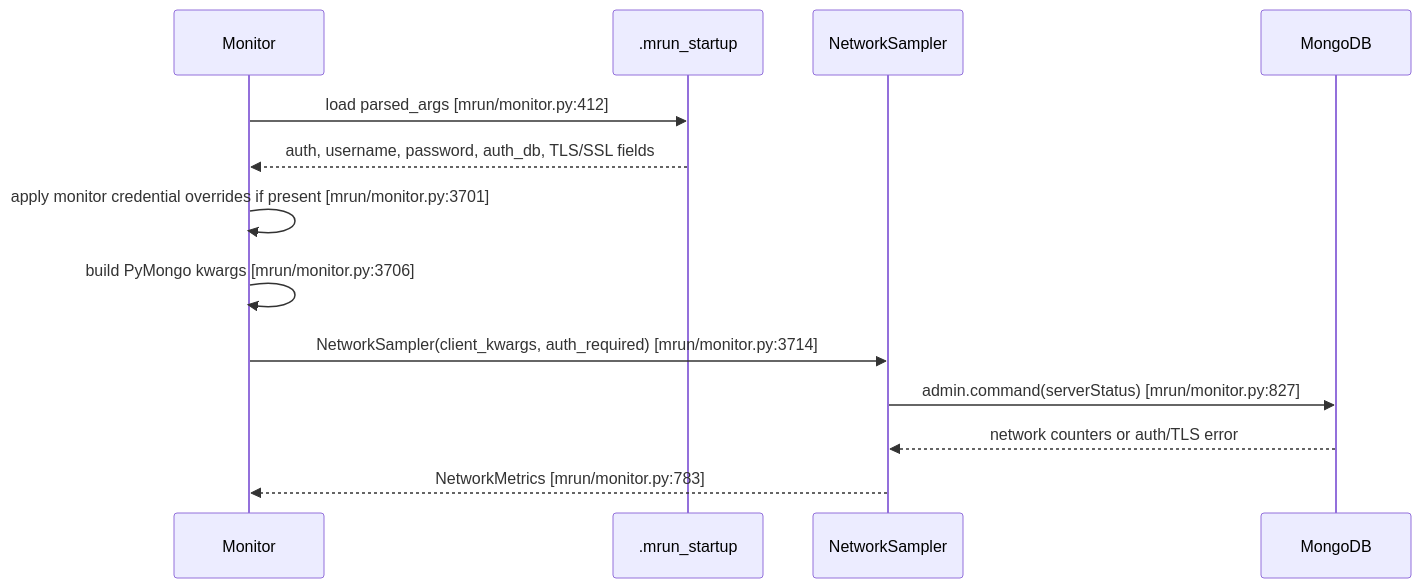
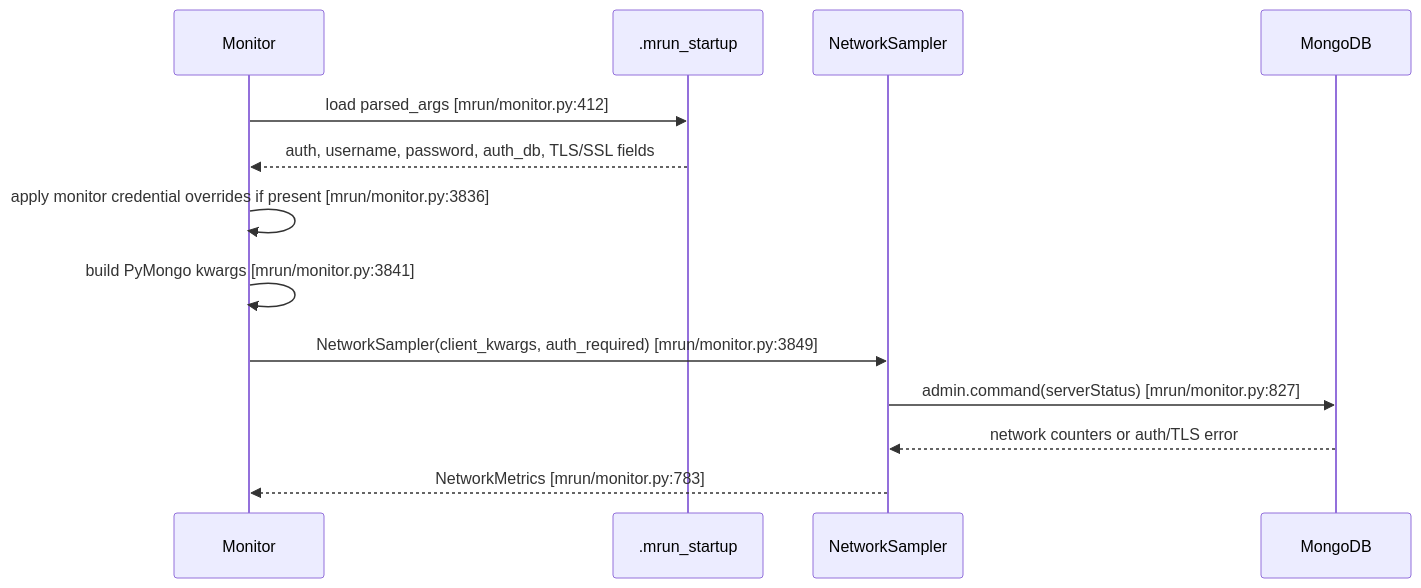
Before and after one commit to mongodb/mlaunch: the third of 13 diagrams in doc/feature-monitor-guide.md, drawn with Mermaid. The commit also changed other lines of this file and 2 other files, not shown here.

````diff
--- a/doc/feature-monitor-guide.md
+++ b/doc/feature-monitor-guide.md
@@ -214,16 +219,16 @@
 ```mermaid
 sequenceDiagram
     participant Monitor as Monitor
     participant FS as .mrun_startup
     participant Sampler as NetworkSampler
     participant Mongo as MongoDB
 
     Monitor->>FS: load parsed_args [mrun/monitor.py:412]
     FS-->>Monitor: auth, username, password, auth_db, TLS/SSL fields
-    Monitor->>Monitor: apply monitor credential overrides if present [mrun/monitor.py:3701]
-    Monitor->>Monitor: build PyMongo kwargs [mrun/monitor.py:3706]
-    Monitor->>Sampler: NetworkSampler(client_kwargs, auth_required) [mrun/monitor.py:3714]
+    Monitor->>Monitor: apply monitor credential overrides if present [mrun/monitor.py:3836]
+    Monitor->>Monitor: build PyMongo kwargs [mrun/monitor.py:3841]
+    Monitor->>Sampler: NetworkSampler(client_kwargs, auth_required) [mrun/monitor.py:3849]
     Sampler->>Mongo: admin.command(serverStatus) [mrun/monitor.py:827]
     Mongo-->>Sampler: network counters or auth/TLS error
     Sampler-->>Monitor: NetworkMetrics [mrun/monitor.py:783]
 ```
````
